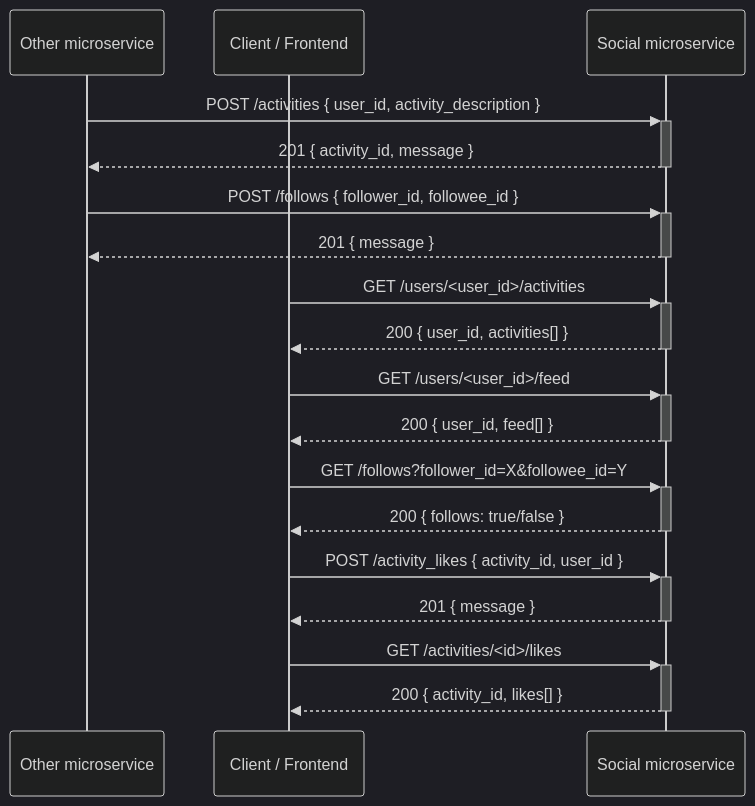
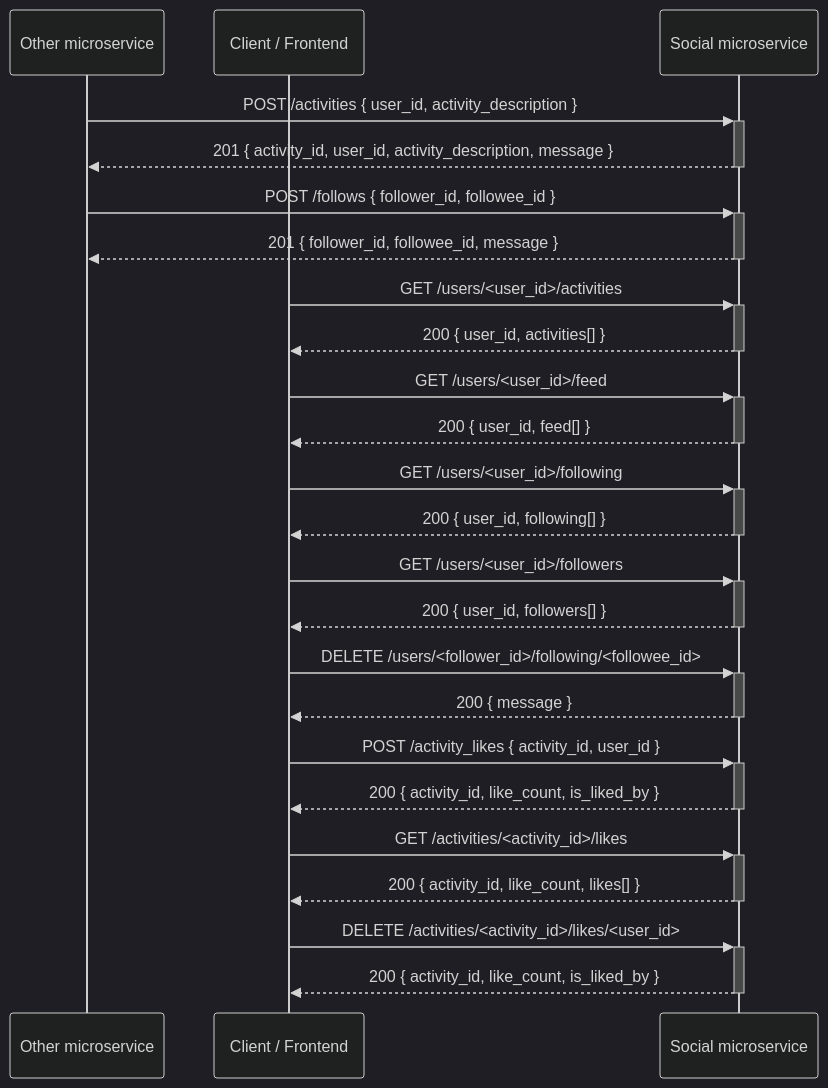
One commit to becky-gregory/cs361_social_microservice changed the diagram in README.md. Above: the diagram before and after it, drawn with Mermaid (dark theme). The commit also changed other lines of this file and 1 other file, not shown here.

Commit message:
Remove unnecessary endpoints

````diff
--- a/README.md
+++ b/README.md
@@ -76,27 +74,36 @@
 ```mermaid
 sequenceDiagram
     participant Other as Other microservice
     participant Client as Client / Frontend
     participant API as Social microservice
 
     Other->>+API: POST /activities { user_id, activity_description }
-    API-->>-Other: 201 { activity_id, message }
+    API-->>-Other: 201 { activity_id, user_id, activity_description, message }
 
     Other->>+API: POST /follows { follower_id, followee_id }
-    API-->>-Other: 201 { message }
+    API-->>-Other: 201 { follower_id, followee_id, message }
 
     Client->>+API: GET /users/<user_id>/activities
     API-->>-Client: 200 { user_id, activities[] }
 
     Client->>+API: GET /users/<user_id>/feed
     API-->>-Client: 200 { user_id, feed[] }
 
-    Client->>+API: GET /follows?follower_id=X&followee_id=Y
-    API-->>-Client: 200 { follows: true/false }
+    Client->>+API: GET /users/<user_id>/following
+    API-->>-Client: 200 { user_id, following[] }
+
+    Client->>+API: GET /users/<user_id>/followers
+    API-->>-Client: 200 { user_id, followers[] }
+
+    Client->>+API: DELETE /users/<follower_id>/following/<followee_id>
+    API-->>-Client: 200 { message }
 
     Client->>+API: POST /activity_likes { activity_id, user_id }
-    API-->>-Client: 201 { message }
+    API-->>-Client: 200 { activity_id, like_count, is_liked_by }
 
-    Client->>+API: GET /activities/<id>/likes
-    API-->>-Client: 200 { activity_id, likes[] }
+    Client->>+API: GET /activities/<activity_id>/likes
+    API-->>-Client: 200 { activity_id, like_count, likes[] }
+
+    Client->>+API: DELETE /activities/<activity_id>/likes/<user_id>
+    API-->>-Client: 200 { activity_id, like_count, is_liked_by }
 ```
````
